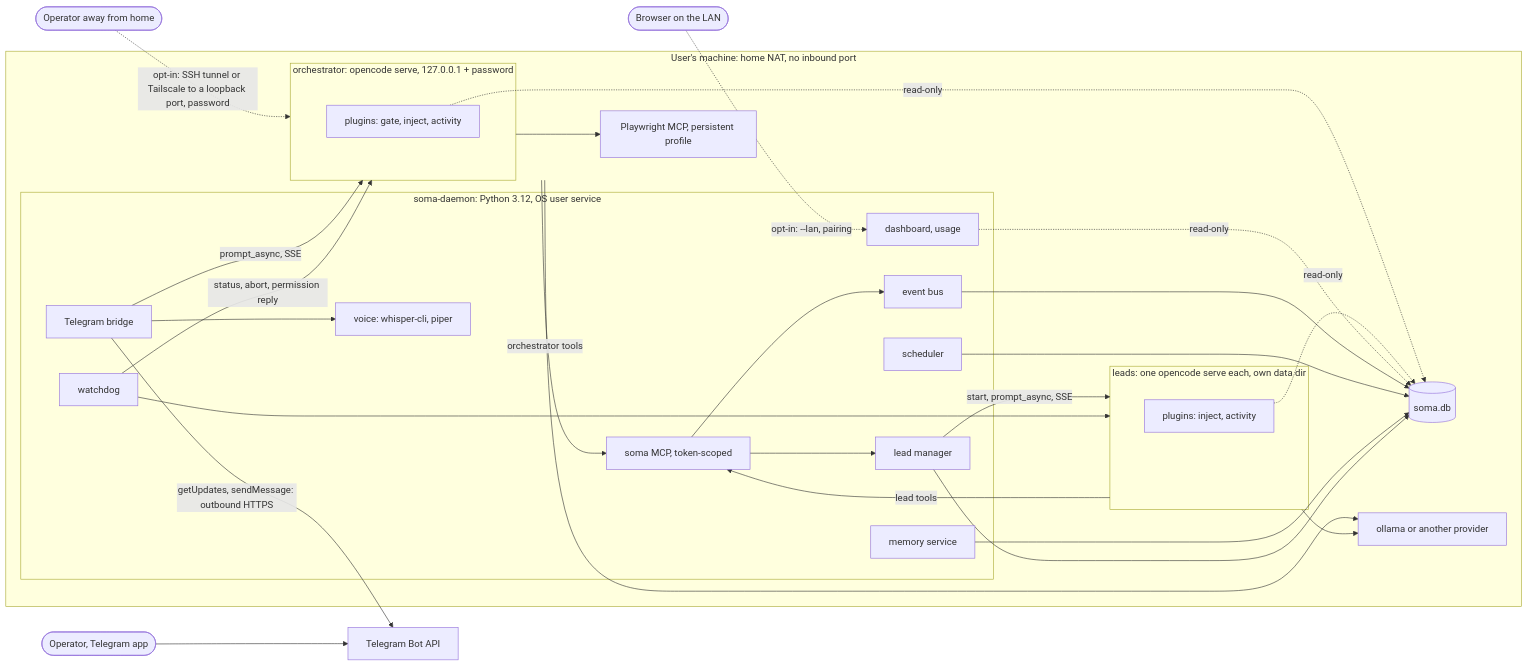
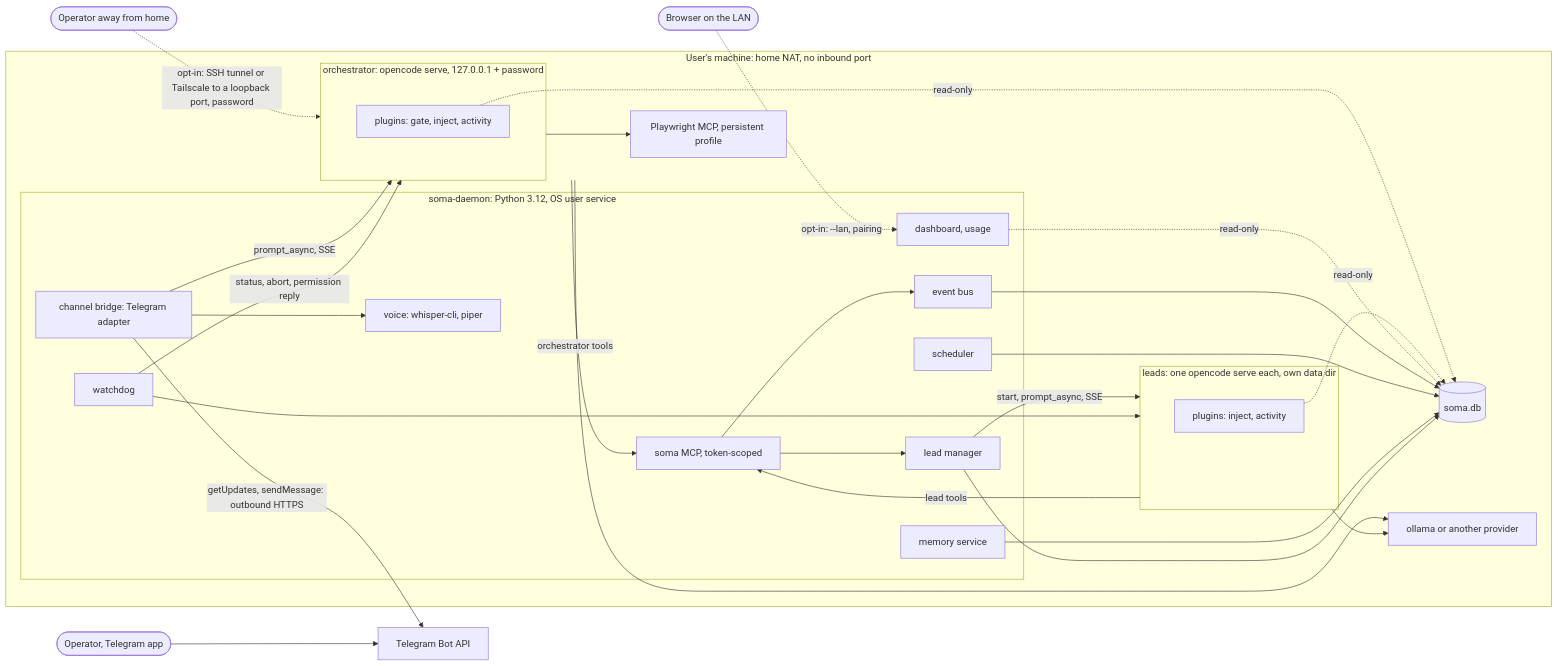
The first of 5 diagrams in research/opencode-soma/ARCHITECTURE.md (techfreakworm/claude-soma), drawn with Mermaid before and after one commit. The commit also changed other lines of this file and 2 other files, not shown here.

Commit message:
research(opencode-soma): RISKS item 8 Telegram availability by jurisdiction/network (items 9-13 renumbered); ARCHITECTURE channel-adapter bridge (receive/send/ack, Telegram v1, Discord v2), init reachability check, approve vs reject permission evidence; ROADMAP refs

````diff
--- a/research/opencode-soma/ARCHITECTURE.md
+++ b/research/opencode-soma/ARCHITECTURE.md
@@ -44,50 +44,50 @@
 ```mermaid
 flowchart LR
     OP(["Operator, Telegram app"]) --> TGAPI["Telegram Bot API"]
     LANB(["Browser on the LAN"])
     REM(["Operator away from home"])
     subgraph HOST["User's machine: home NAT, no inbound port"]
         subgraph DAEMON["soma-daemon: Python 3.12, OS user service"]
-            BR["Telegram bridge"]
+            BR["channel bridge: Telegram adapter"]
             VO["voice: whisper-cli, piper"]
             LM["lead manager"]
             EV["event bus"]
             SC["scheduler"]
             MS["memory service"]
             WD["watchdog"]
             DASH["dashboard, usage"]
             MCP["soma MCP, token-scoped"]
         end
         DB[("soma.db")]
         subgraph ORCH["orchestrator: opencode serve, 127.0.0.1 + password"]
             OPLUG["plugins: gate, inject, activity"]
         end
         subgraph LEADS["leads: one opencode serve each, own data dir"]
             LPLUG["plugins: inject, activity"]
         end
         PW["Playwright MCP, persistent profile"]
         LLM["ollama or another provider"]
     end
     BR -->|"getUpdates, sendMessage: outbound HTTPS"| TGAPI
     BR --> VO
     BR -->|"prompt_async, SSE"| ORCH
     LM -->|"start, prompt_async, SSE"| LEADS
     WD -->|"status, abort, permission reply"| ORCH
     WD --> LEADS
     ORCH -->|"orchestrator tools"| MCP
     LEADS -->|"lead tools"| MCP
     MCP --> LM
     MCP --> EV
     OPLUG -.->|"read-only"| DB
     LPLUG -.->|"read-only"| DB
     DASH -.->|"read-only"| DB
     EV --> DB
     SC --> DB
     MS --> DB
     LM --> DB
     ORCH --> LLM
     LEADS --> LLM
     ORCH --> PW
     LANB -.->|"opt-in: --lan, pairing"| DASH
     REM -.->|"opt-in: SSH tunnel or Tailscale to a loopback port, password"| ORCH
 ```
````
